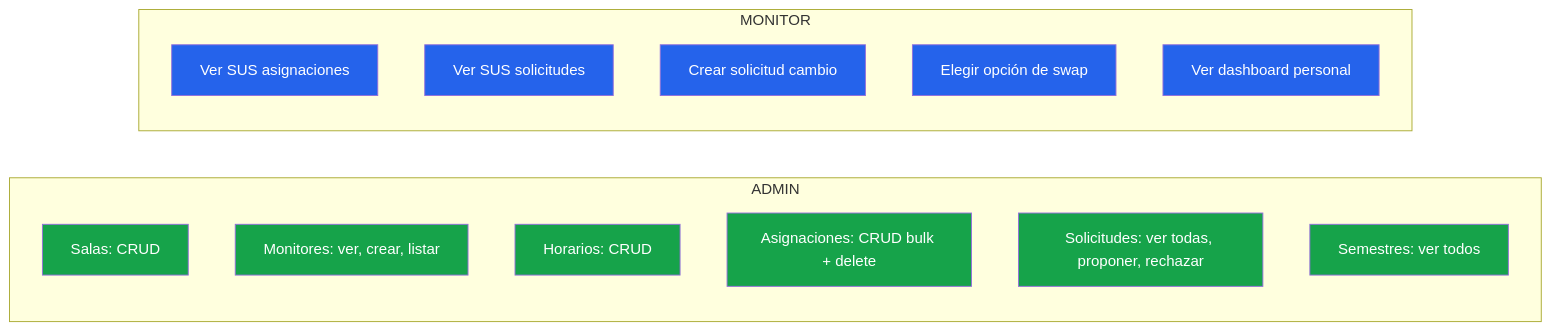
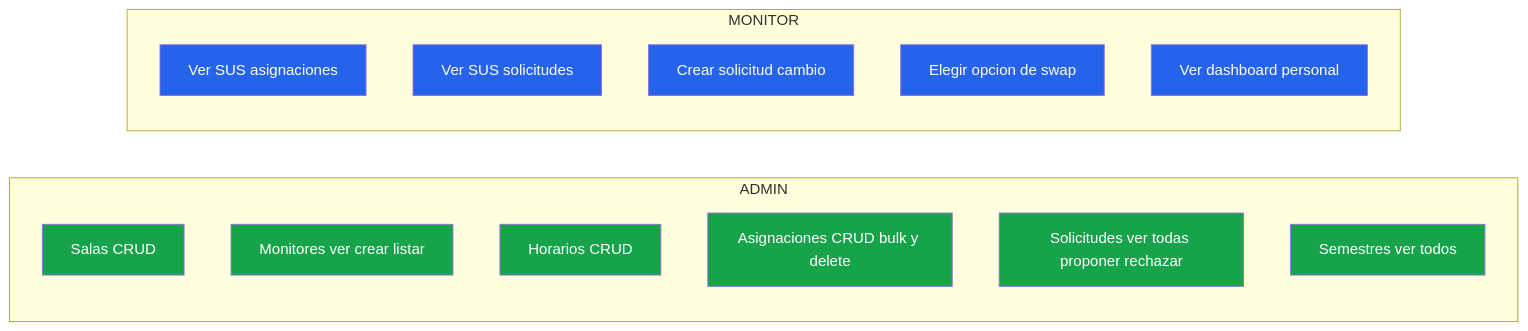
Before and after one commit to FilipaoVfx/Sistema-de-gestion-de-monitores: the third of 10 diagrams in README.md, drawn with Mermaid. The commit also changed other lines of this file, not shown here.

Commit message:
docs(readme): sanitiza diagramas Mermaid para GitHub renderer

````diff
--- a/README.md
+++ b/README.md
@@ -221,30 +221,30 @@
 ```mermaid
 flowchart LR
-    subgraph "ADMIN"
-        A1[Salas: CRUD]
-        A2[Monitores: ver, crear, listar]
-        A3[Horarios: CRUD]
-        A4[Asignaciones: CRUD bulk + delete]
-        A5[Solicitudes: ver todas, proponer, rechazar]
-        A6[Semestres: ver todos]
+    subgraph ADMIN
+        A1[Salas CRUD]
+        A2[Monitores ver crear listar]
+        A3[Horarios CRUD]
+        A4[Asignaciones CRUD bulk y delete]
+        A5[Solicitudes ver todas proponer rechazar]
+        A6[Semestres ver todos]
     end
-    subgraph "MONITOR"
+    subgraph MONITOR
         M1[Ver SUS asignaciones]
         M2[Ver SUS solicitudes]
         M3[Crear solicitud cambio]
-        M4[Elegir opción de swap]
+        M4[Elegir opcion de swap]
         M5[Ver dashboard personal]
     end
 
     style A1 fill:#16a34a,color:#fff
     style A2 fill:#16a34a,color:#fff
     style A3 fill:#16a34a,color:#fff
     style A4 fill:#16a34a,color:#fff
     style A5 fill:#16a34a,color:#fff
     style A6 fill:#16a34a,color:#fff
     style M1 fill:#2563eb,color:#fff
     style M2 fill:#2563eb,color:#fff
     style M3 fill:#2563eb,color:#fff
     style M4 fill:#2563eb,color:#fff
     style M5 fill:#2563eb,color:#fff
 ```
````
